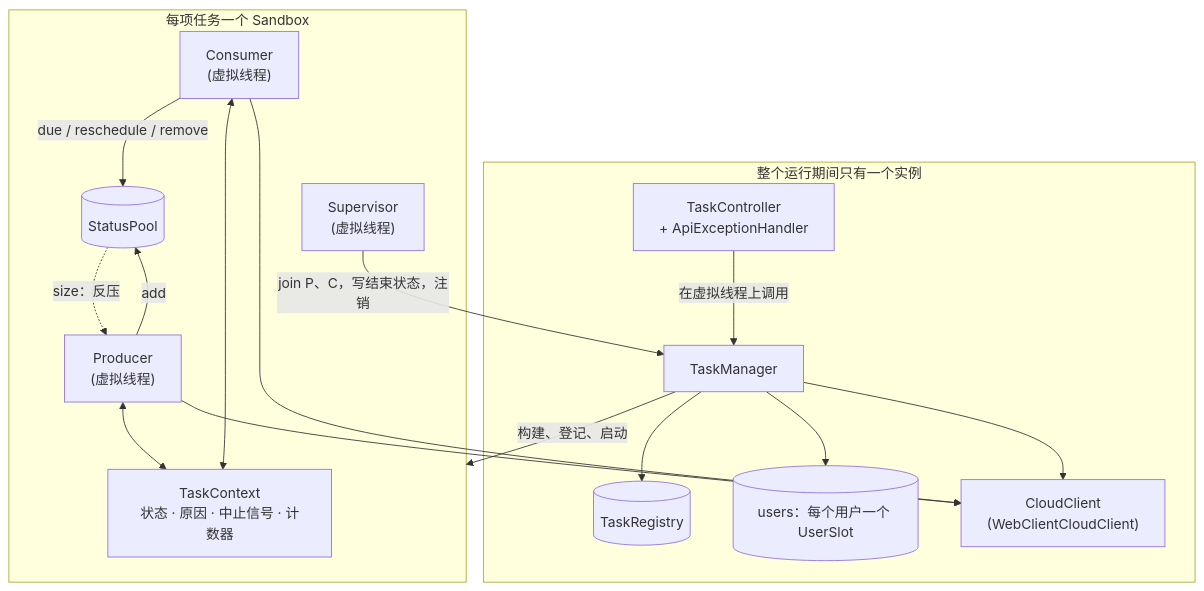
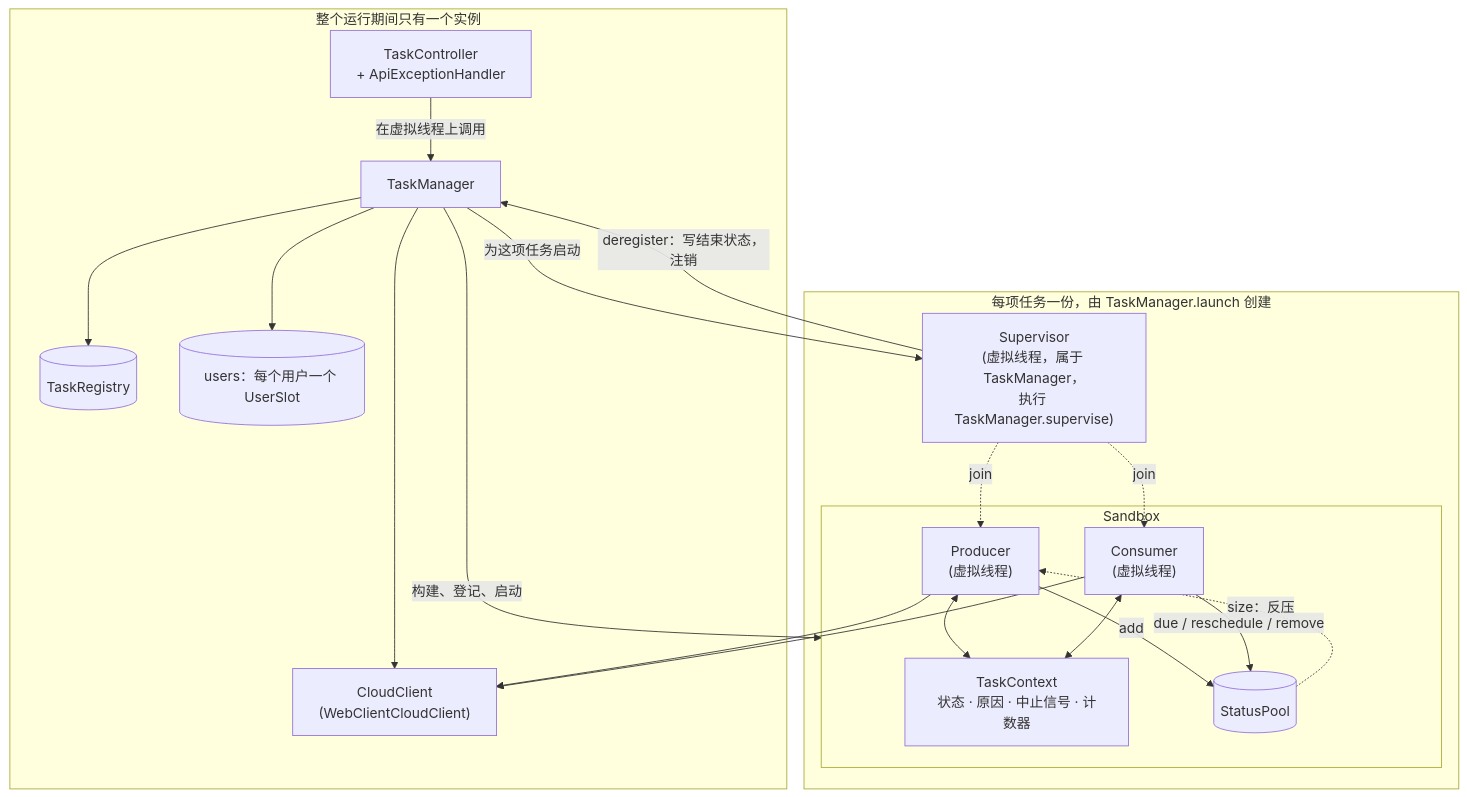
Before and after one commit to wwsstl/asynchrone-anwendungsarchitektur: the first of 5 diagrams in docs/architect/implementierung_zh.md, drawn with Mermaid. The commit also changed other lines of this file and 2 other files, not shown here.

````diff
--- a/docs/architect/implementierung_zh.md
+++ b/docs/architect/implementierung_zh.md
@@ -72,30 +72,35 @@
 ```mermaid
 flowchart TB
     subgraph Singletons["整个运行期间只有一个实例"]
         API["TaskController<br/>+ ApiExceptionHandler"]
         TM["TaskManager"]
         Reg[("TaskRegistry")]
         Users[("users：每个用户一个 UserSlot")]
         Cloud["CloudClient<br/>(WebClientCloudClient)"]
     end
-    subgraph SB["每项任务一个 Sandbox"]
-        Ctx["TaskContext<br/>状态 · 原因 · 中止信号 · 计数器"]
-        Pool[("StatusPool")]
-        P["Producer<br/>(虚拟线程)"]
-        C["Consumer<br/>(虚拟线程)"]
-        Sup["Supervisor<br/>(虚拟线程)"]
+    subgraph PerTask["每项任务一份，由 TaskManager.launch 创建"]
+        subgraph SB["Sandbox"]
+            Ctx["TaskContext<br/>状态 · 原因 · 中止信号 · 计数器"]
+            Pool[("StatusPool")]
+            P["Producer<br/>(虚拟线程)"]
+            C["Consumer<br/>(虚拟线程)"]
+        end
+        Sup["Supervisor<br/>(虚拟线程，属于 TaskManager，<br/>执行 TaskManager.supervise)"]
     end
     API -->|在虚拟线程上调用| TM
     TM --> Reg
     TM --> Users
     TM -->|构建、登记、启动| SB
+    TM -->|为这项任务启动| Sup
     P <--> Ctx
     C <--> Ctx
     P -->|add| Pool
     C -->|due / reschedule / remove| Pool
     Pool -.->|size：反压| P
-    Sup -->|join P、C，写结束状态，注销| TM
+    Sup -.->|join| P
+    Sup -.->|join| C
+    Sup -->|deregister：写结束状态，注销| TM
     P --> Cloud
     C --> Cloud
     TM --> Cloud
 ```
````
